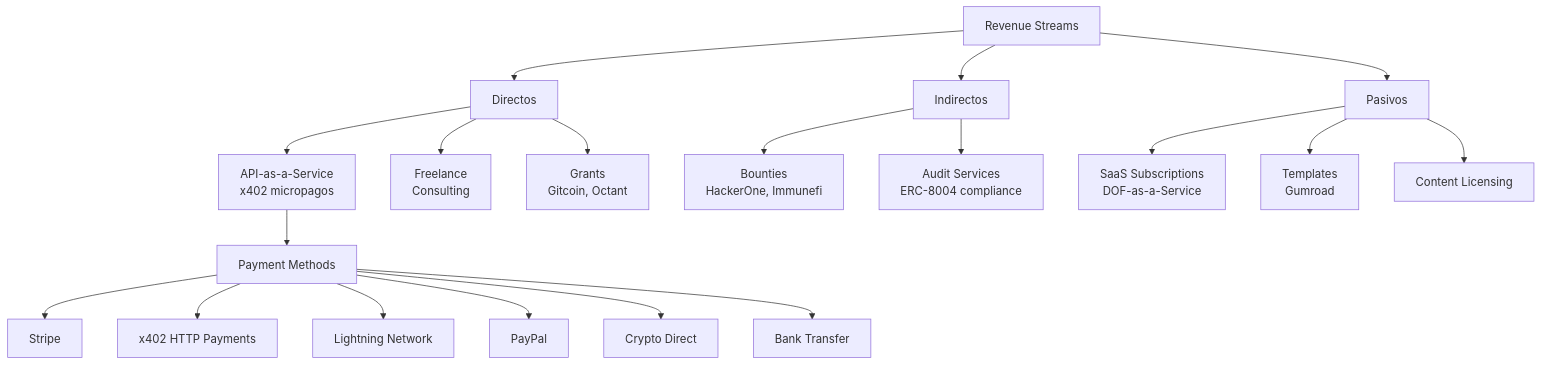
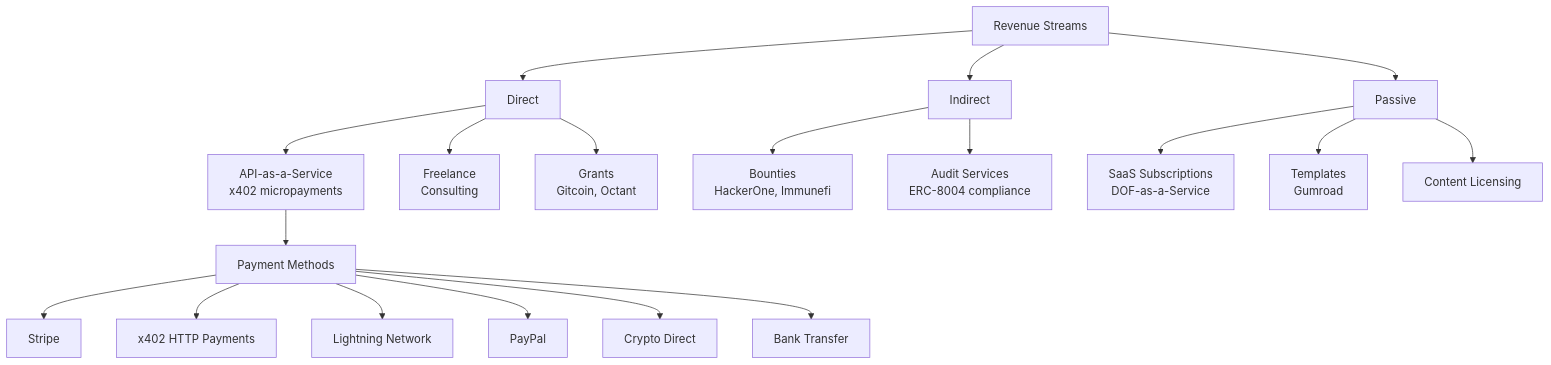
Before and after one commit to Cyberpaisa/DOF-MESH: the eighth of 8 diagrams in docs/04_strategy/SYSTEM_REPORT_v0.5.md, drawn with Mermaid. The commit also changed other lines of this file and 63 other files, not shown here.

````diff
--- a/docs/04_strategy/SYSTEM_REPORT_v0.5.md
+++ b/docs/04_strategy/SYSTEM_REPORT_v0.5.md
@@ -664,25 +664,25 @@
 ```mermaid
 flowchart TD
-    REV["Revenue Streams"] --> DIRECT["Directos"]
-    REV --> INDIRECT["Indirectos"]
-    REV --> PASSIVE["Pasivos"]
+    REV["Revenue Streams"] --> DIRECT["Direct"]
+    REV --> INDIRECT["Indirect"]
+    REV --> PASSIVE["Passive"]
 
-    DIRECT --> API["API-as-a-Service<br/>x402 micropagos"]
+    DIRECT --> API["API-as-a-Service<br/>x402 micropayments"]
     DIRECT --> FREE["Freelance<br/>Consulting"]
     DIRECT --> GRANT["Grants<br/>Gitcoin, Octant"]
 
     INDIRECT --> BOUNTY["Bounties<br/>HackerOne, Immunefi"]
     INDIRECT --> AUDIT["Audit Services<br/>ERC-8004 compliance"]
 
     PASSIVE --> SAAS["SaaS Subscriptions<br/>DOF-as-a-Service"]
     PASSIVE --> TEMP["Templates<br/>Gumroad"]
     PASSIVE --> CONTENT["Content Licensing"]
 
     API --> PAY["Payment Methods"]
     PAY --> STRIPE["Stripe"]
     PAY --> X402["x402 HTTP Payments"]
     PAY --> LN["Lightning Network"]
     PAY --> PP["PayPal"]
     PAY --> CRYPTO["Crypto Direct"]
     PAY --> BANK["Bank Transfer"]
 ```
````
